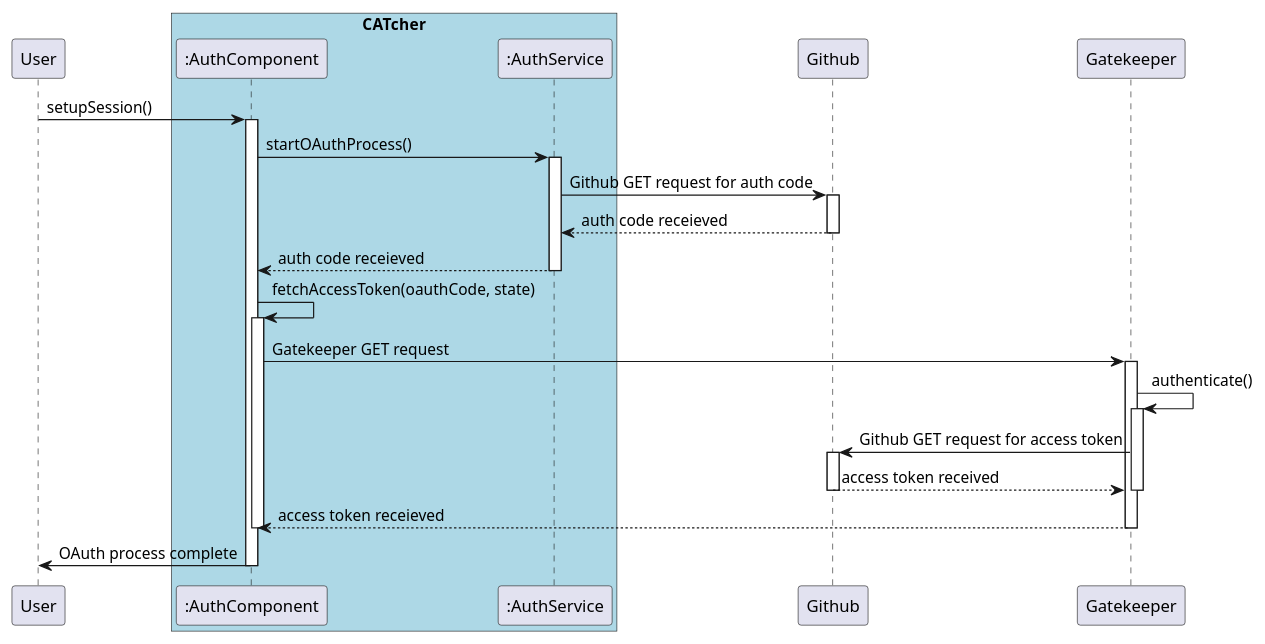
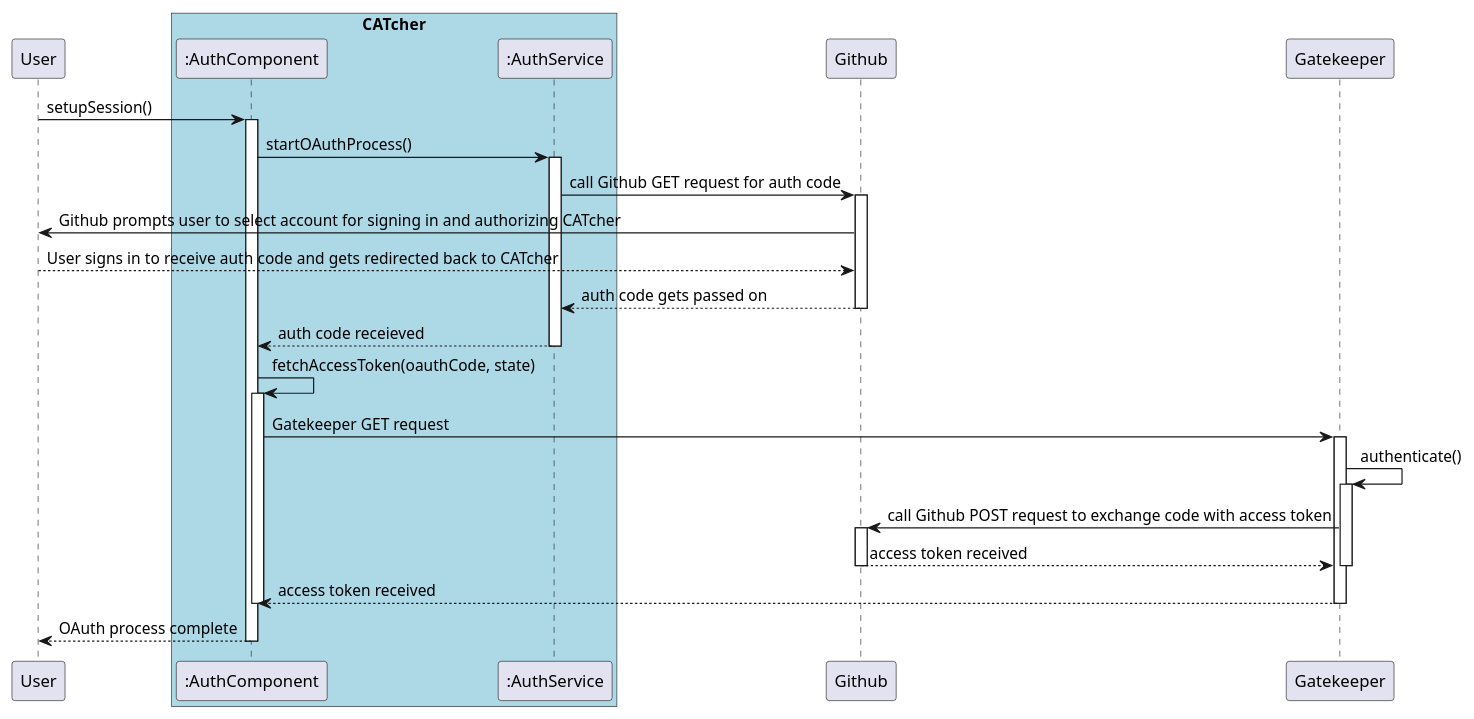
The diagram in uml/oauth-flow.puml (CATcher-org/catcher-org.github.io), drawn with PlantUML before and after one commit. The commit also changed 2 other files, not shown here.

```diff
--- a/uml/oauth-flow.puml
+++ b/uml/oauth-flow.puml
@@ -1,44 +1,47 @@
 @startuml
 participant User
 box "CATcher" #LightBlue
 participant ":AuthComponent" as AuthComponent
 participant ":AuthService" as AuthService
 end box
 
 User -> AuthComponent: setupSession()
 
 activate AuthComponent
 
 AuthComponent -> AuthService: startOAuthProcess()
 
 activate AuthService
 
-AuthService -> Github: Github GET request for auth code
+AuthService -> Github: call Github GET request for auth code
 activate Github
 
-Github --> AuthService: auth code receieved 
+Github -> User: Github prompts user to select account for signing in and authorizing CATcher
+User --> Github: User signs in to receive auth code and gets redirected back to CATcher
+
+Github --> AuthService: auth code gets passed on
 deactivate Github
 AuthService --> AuthComponent: auth code receieved
 deactivate AuthService
 
 AuthComponent -> AuthComponent: fetchAccessToken(oauthCode, state)
 activate AuthComponent
 AuthComponent -> Gatekeeper: Gatekeeper GET request
 
 activate Gatekeeper
 Gatekeeper -> Gatekeeper: authenticate()
 activate Gatekeeper
-Gatekeeper -> Github: Github GET request for access token
+Gatekeeper -> Github: call Github POST request to exchange code with access token
 activate Github
 Github --> Gatekeeper: access token received
 deactivate Gatekeeper
 deactivate Github
 
-Gatekeeper --> AuthComponent: access token receieved
+Gatekeeper --> AuthComponent: access token received
 deactivate Gatekeeper
 deactivate AuthComponent
 
-AuthComponent-> User: OAuth process complete
+AuthComponent--> User: OAuth process complete
 deactivate AuthComponent
 deactivate User
 @enduml
```
